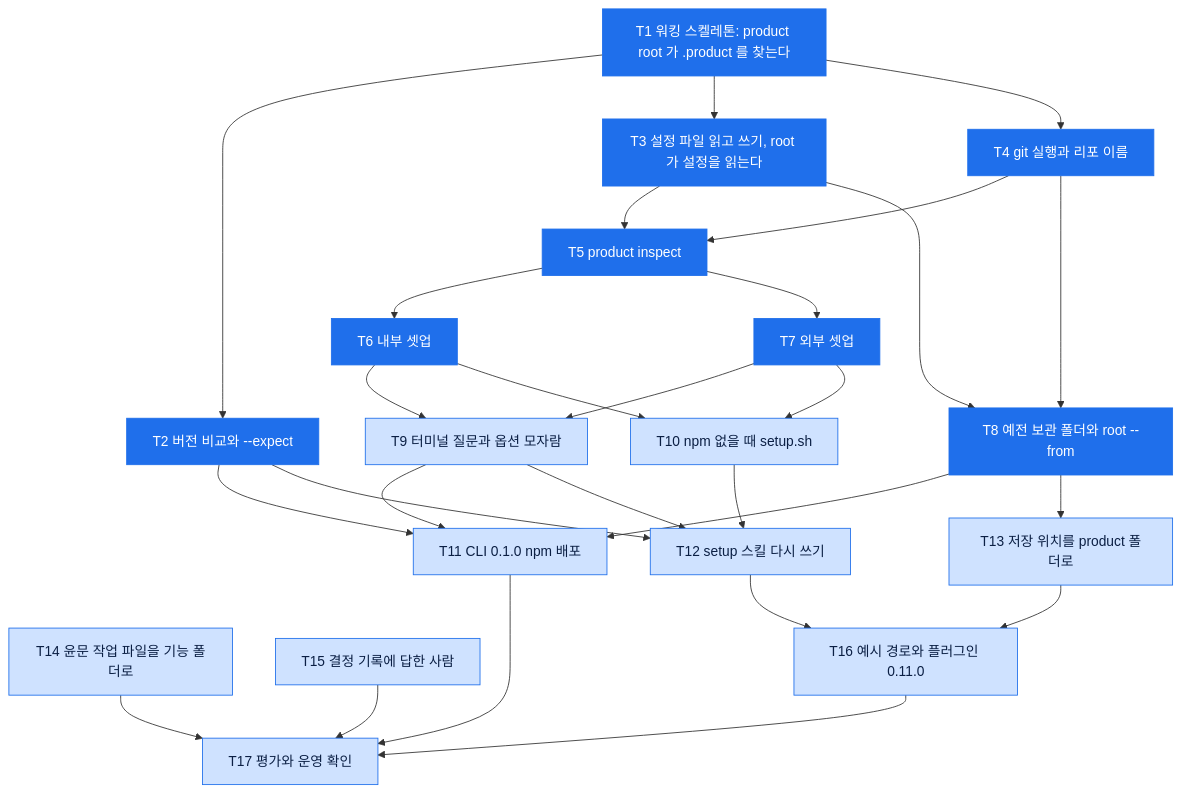
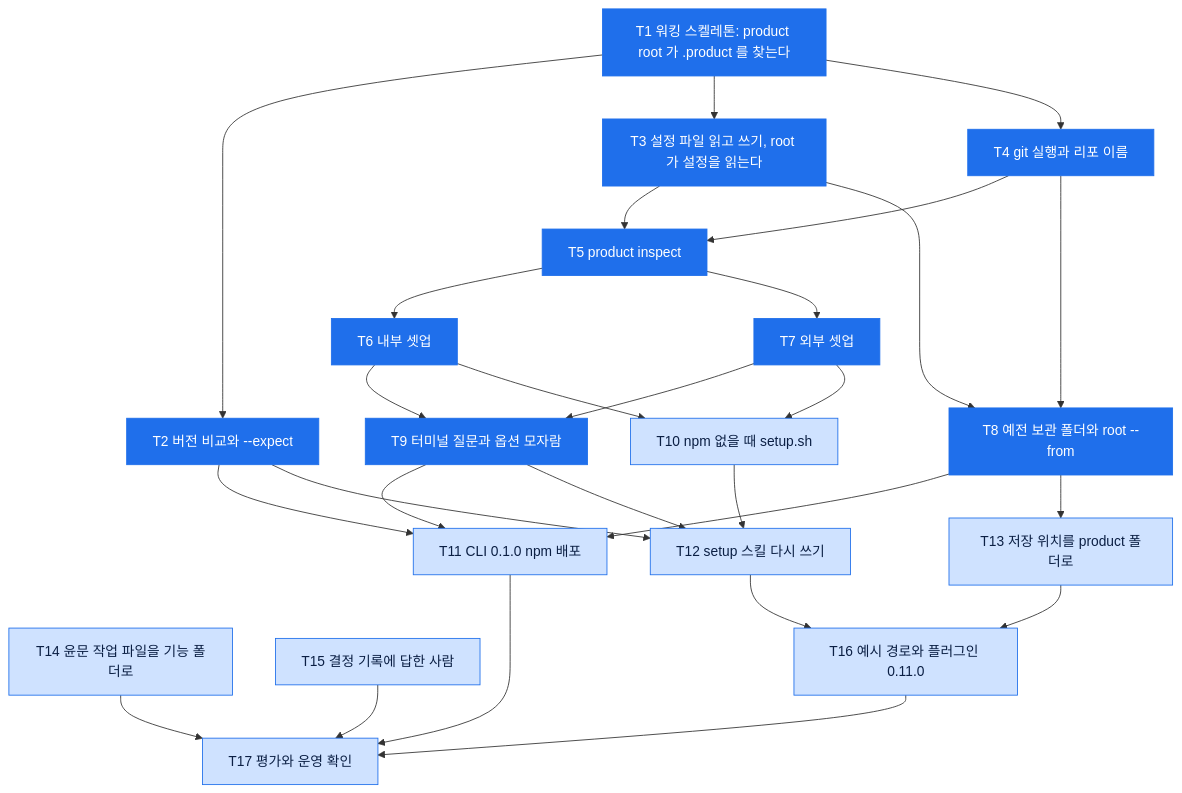
Before and after one commit to dorage/product-skills: the diagram in .product/features/261122_setup-method/tasks.md, drawn with Mermaid. The commit also changed other lines of this file and 3 other files, not shown here.

````diff
--- a/.product/features/261122_setup-method/tasks.md
+++ b/.product/features/261122_setup-method/tasks.md
@@ -7,50 +7,50 @@
 ```mermaid
 flowchart TD
     T1["T1 워킹 스켈레톤: product root 가 .product 를 찾는다"]
     T2["T2 버전 비교와 --expect"]
     T3["T3 설정 파일 읽고 쓰기, root 가 설정을 읽는다"]
     T4["T4 git 실행과 리포 이름"]
     T5["T5 product inspect"]
     T6["T6 내부 셋업"]
     T7["T7 외부 셋업"]
     T8["T8 예전 보관 폴더와 root --from"]
     T9["T9 터미널 질문과 옵션 모자람"]
     T10["T10 npm 없을 때 setup.sh"]
     T11["T11 CLI 0.1.0 npm 배포"]
     T12["T12 setup 스킬 다시 쓰기"]
     T13["T13 저장 위치를 product 폴더로"]
     T14["T14 윤문 작업 파일을 기능 폴더로"]
     T15["T15 결정 기록에 답한 사람"]
     T16["T16 예시 경로와 플러그인 0.11.0"]
     T17["T17 평가와 운영 확인"]
     T1 --> T2
     T1 --> T3
     T1 --> T4
     T3 --> T5
     T4 --> T5
     T5 --> T6
     T5 --> T7
     T3 --> T8
     T4 --> T8
     T6 --> T9
     T7 --> T9
     T6 --> T10
     T7 --> T10
     T2 --> T11
     T8 --> T11
     T9 --> T11
     T9 --> T12
     T10 --> T12
     T2 --> T12
     T8 --> T13
     T12 --> T16
     T13 --> T16
     T11 --> T17
     T14 --> T17
     T15 --> T17
     T16 --> T17
     classDef done fill:#1f6feb,stroke:#1f6feb,color:#ffffff
     classDef todo fill:#cfe2ff,stroke:#1f6feb,color:#0b1f44
-    class T1,T2,T3,T4,T5,T6,T7,T8 done
-    class T9,T10,T11,T12,T13,T14,T15,T16,T17 todo
+    class T1,T2,T3,T4,T5,T6,T7,T8,T9 done
+    class T10,T11,T12,T13,T14,T15,T16,T17 todo
 ```
````
